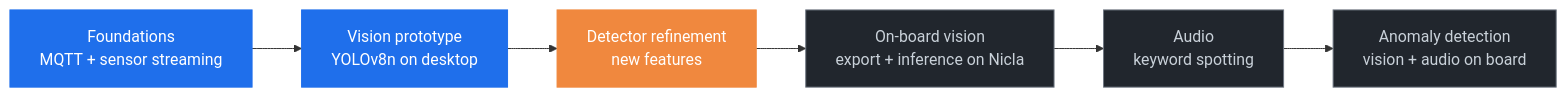
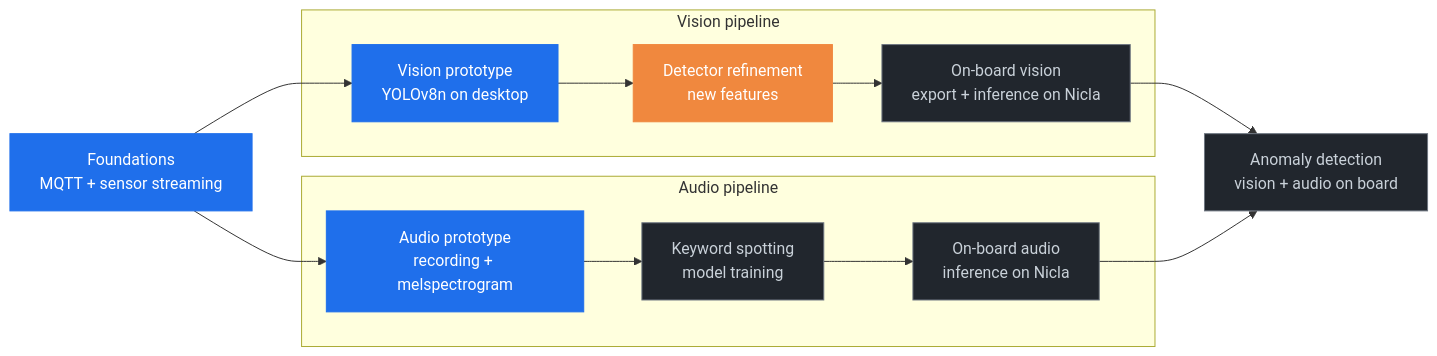
Before and after one commit to dipi-unimore/edge-ai-nicla-vision: the diagram in README.md, drawn with Mermaid. The commit also changed other lines of this file, not shown here.

Commit message:
feat: add mermaid pipeline for roadmap; fix unclosed tag

````diff
--- a/README.md
+++ b/README.md
@@ -43,12 +43,23 @@
 ```mermaid
 flowchart LR
-    A["Foundations<br/>MQTT + sensor streaming"]:::done --> B["Vision prototype<br/>YOLOv8n on desktop"]:::done
-    B --> C["Detector refinement<br/>new features"]:::active
-    C --> D["On-board vision<br/>export + inference on Nicla"]:::planned
-    D --> E["Audio<br/>keyword spotting"]:::planned
-    E --> F["Anomaly detection<br/>vision + audio on board"]:::planned
+    F["Foundations<br/>MQTT + sensor streaming"]:::done
+
+    subgraph V ["Vision pipeline"]
+        V1["Vision prototype<br/>YOLOv8n on desktop"]:::done --> V2["Detector refinement<br/>new features"]:::active --> V3["On-board vision<br/>export + inference on Nicla"]:::planned
+    end
+
+    subgraph A ["Audio pipeline"]
+        A1["Audio prototype<br/>recording + melspectrogram"]:::done --> A2["Keyword spotting<br/>model training"]:::planned --> A3["On-board audio<br/>inference on Nicla"]:::planned
+    end
+
+    G["Anomaly detection<br/>vision + audio on board"]:::planned
+
+    F --> V1
+    F --> A1
+    V3 --> G
+    A3 --> G
 
     classDef done fill:#1f6feb,color:#fff,stroke:#1f6feb
     classDef active fill:#f0883e,color:#fff,stroke:#f0883e
     classDef planned fill:#21262d,color:#c9d1d9,stroke:#6e7681
 ```
````
